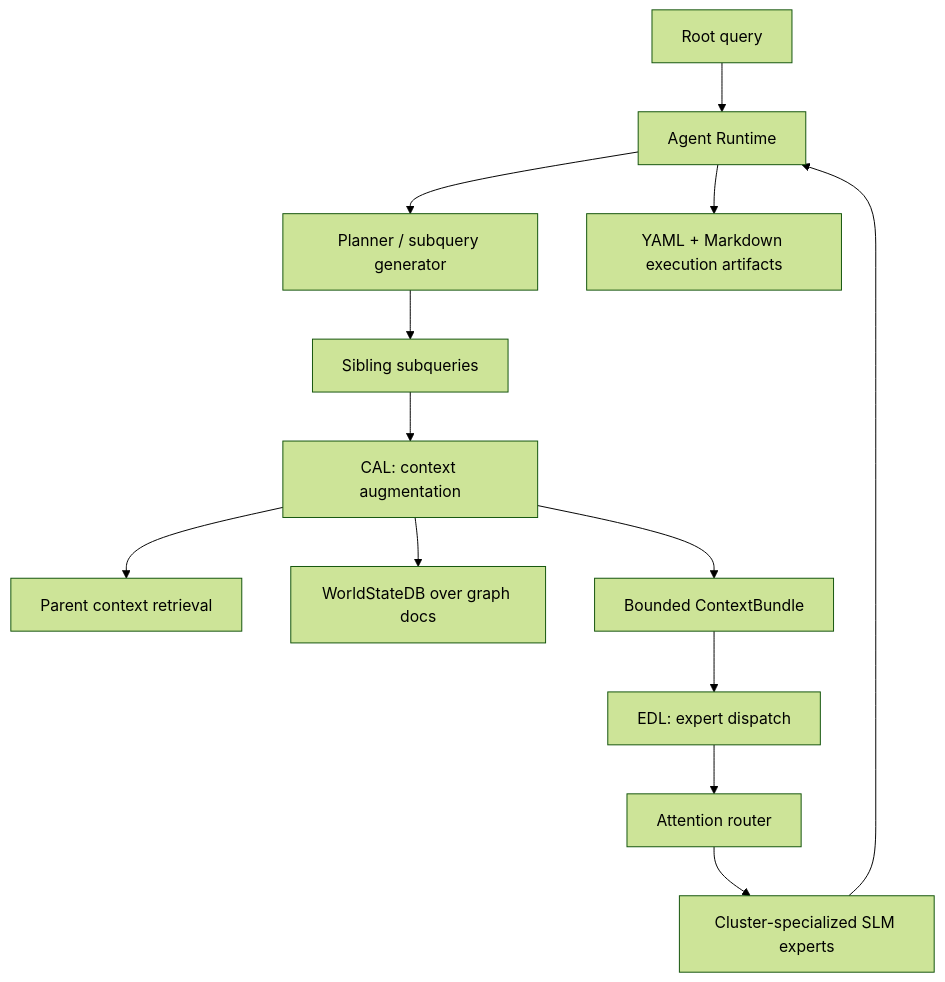
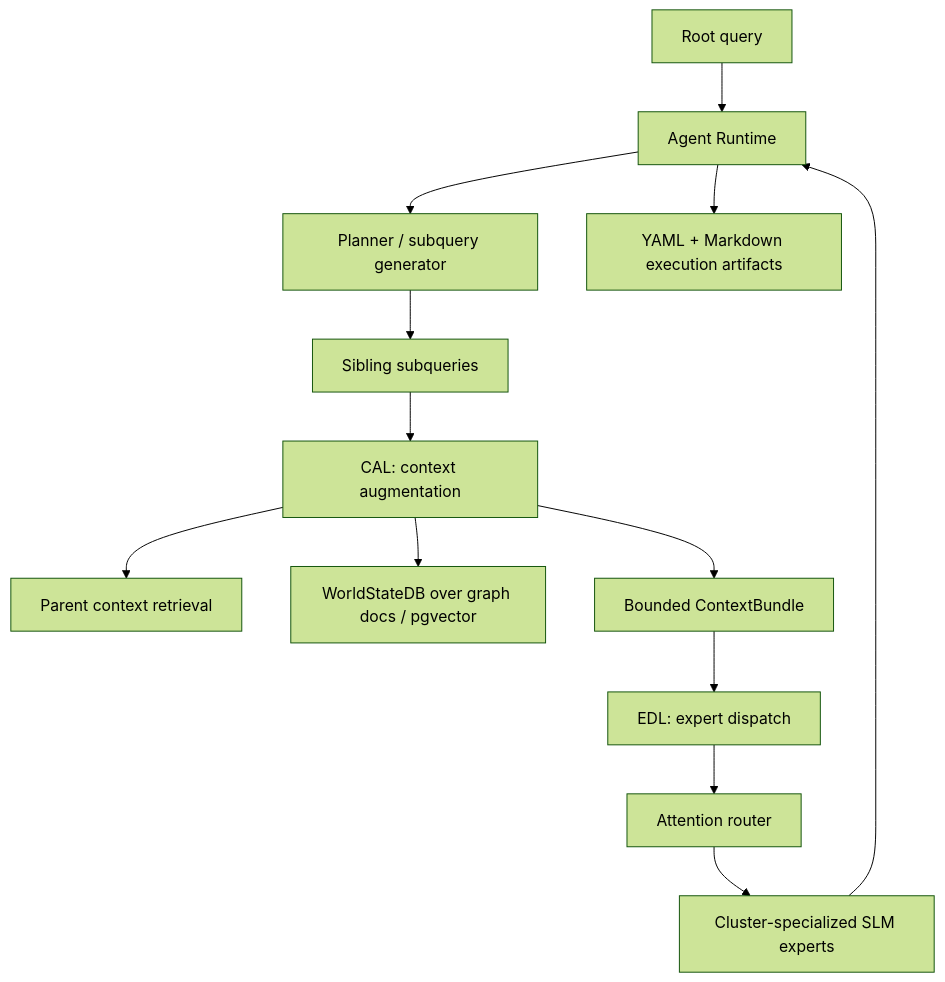
One commit to ForestDweller014/Dullahan changed the diagram in README.md. Above: the diagram before and after it, drawn with Mermaid (forest theme). The commit also changed other lines of this file and 12 other files, not shown here.

Commit message:
Add PostgreSQL pgvector world state retrieval

````diff
--- a/README.md
+++ b/README.md
@@ -52,15 +63,15 @@
 ```mermaid
 flowchart TD
     User["Root query"] --> Runtime["Agent Runtime"]
     Runtime --> Planner["Planner / subquery generator"]
     Planner --> Subqueries["Sibling subqueries"]
     Subqueries --> CAL["CAL: context augmentation"]
     CAL --> ParentContext["Parent context retrieval"]
-    CAL --> WorldStateDB["WorldStateDB over graph docs"]
+    CAL --> WorldStateDB["WorldStateDB over graph docs / pgvector"]
     CAL --> ContextBundle["Bounded ContextBundle"]
     ContextBundle --> EDL["EDL: expert dispatch"]
     EDL --> Router["Attention router"]
     Router --> Experts["Cluster-specialized SLM experts"]
     Experts --> Runtime
     Runtime --> Artifacts["YAML + Markdown execution artifacts"]
 ```
````
